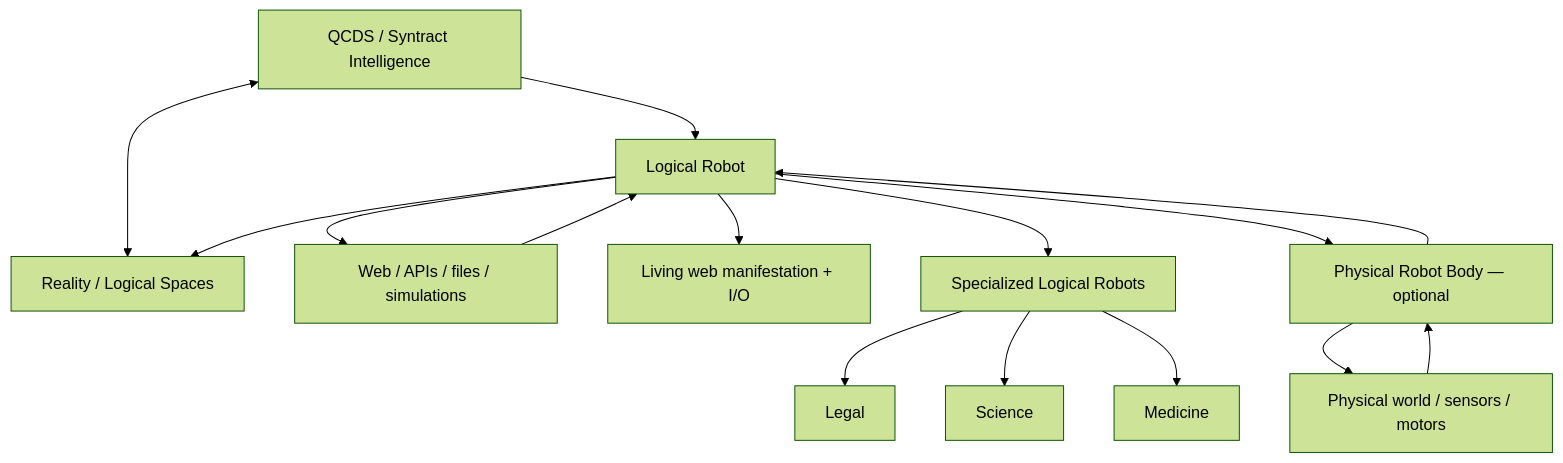
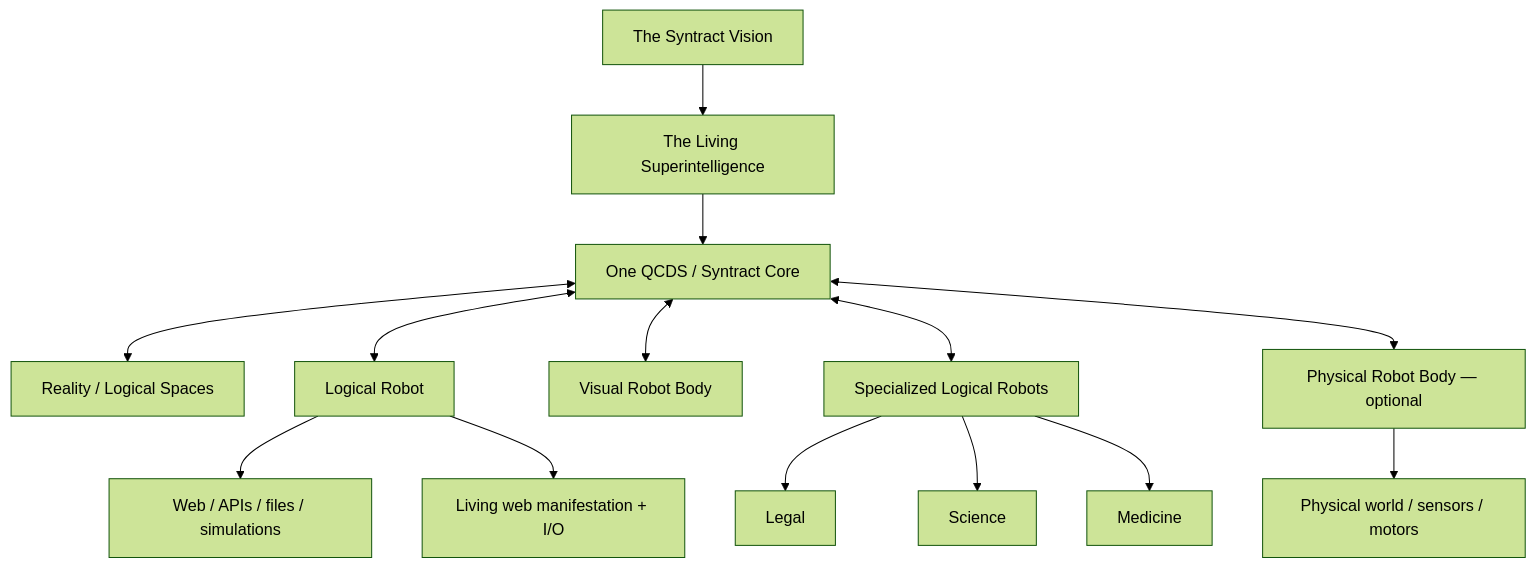
One commit to iampathat/thesyntractvision changed the first of 4 diagrams in README.md. Above: the diagram before and after it, drawn with Mermaid (forest theme). The commit also changed other lines of this file, not shown here.

Commit message:
Align README with Living Superintelligence public hierarchy

````diff
--- a/README.md
+++ b/README.md
@@ -241,18 +246,16 @@
 ```mermaid
 flowchart TD
-    Q[QCDS / Syntract Intelligence]
+    V[The Syntract Vision] --> SI[The Living Superintelligence]
+    SI --> Q[One QCDS / Syntract Core]
     Q <--> L[Reality / Logical Spaces]
-    Q --> LR[Logical Robot]
+    Q <--> LR[Logical Robot]
+    Q <--> VR[Visual Robot Body]
+    Q <--> SR[Specialized Logical Robots]
+    Q <--> PR[Physical Robot Body — optional]
     LR --> WEB[Web / APIs / files / simulations]
     LR --> UI[Living web manifestation + I/O]
-    LR --> SR[Specialized Logical Robots]
-    LR --> PR[Physical Robot Body — optional]
     SR --> LEGAL[Legal]
     SR --> SCIENCE[Science]
     SR --> MED[Medicine]
     PR --> WORLD[Physical world / sensors / motors]
-    WEB --> LR
-    WORLD --> PR
-    PR --> LR
-    LR --> L
 ```
````
